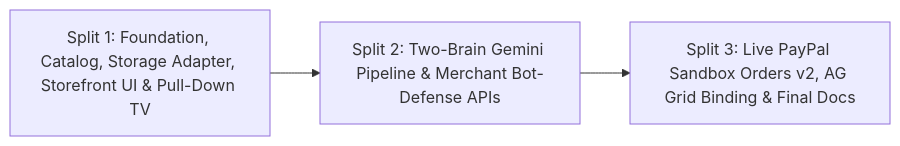
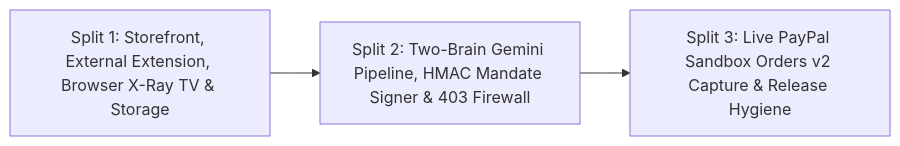
The diagram in docs/04-THREE-SPLIT-EXECUTION-PLAN.md (bhargava562/paypass-agent), drawn with Mermaid before and after one commit. The commit also changed other lines of this file and 32 other files, not shown here.

Commit message:
feat(split-2): separate merchant storefront from external extension, add Two-Brain Gemini + HMAC pipeline, sync Neon SQL/in-memory adapters, tests, and docs

````diff
--- a/docs/04-THREE-SPLIT-EXECUTION-PLAN.md
+++ b/docs/04-THREE-SPLIT-EXECUTION-PLAN.md
@@ -11,5 +11,5 @@
 ```mermaid
 flowchart LR
-    S1["Split 1: Foundation, Catalog, Storage Adapter, Storefront UI & Pull-Down TV"] --> S2["Split 2: Two-Brain Gemini Pipeline & Merchant Bot-Defense APIs"]
-    S2 --> S3["Split 3: Live PayPal Sandbox Orders v2, AG Grid Binding & Final Docs"]
+    S1["Split 1: Storefront, External Extension, Browser X-Ray TV & Storage"] --> S2["Split 2: Two-Brain Gemini Pipeline, HMAC Mandate Signer & 403 Firewall"]
+    S2 --> S3["Split 3: Live PayPal Sandbox Orders v2 Capture & Release Hygiene"]
 ```
````
